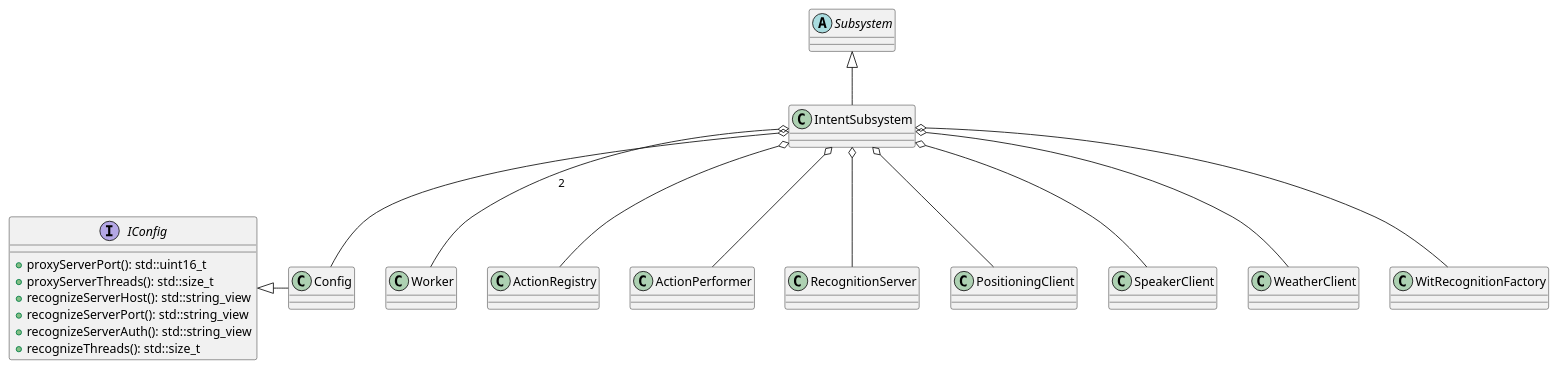
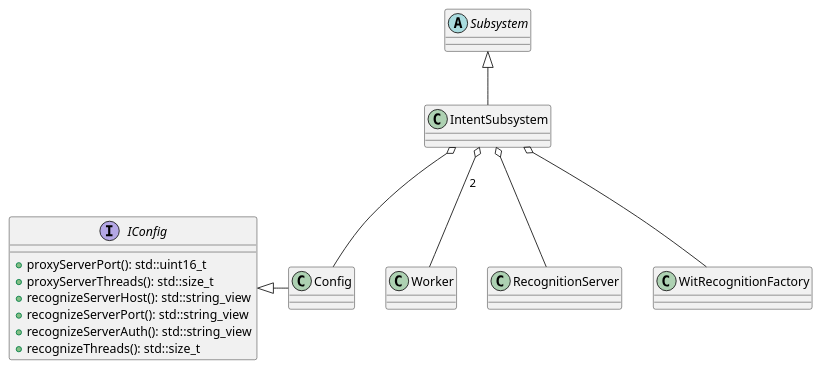
One commit to denoming/rintento changed the second of 9 diagrams in src/intent/doc/intent.md. Above: the diagram before and after it, drawn with PlantUML. The commit also changed other lines of this file and 4 other files, not shown here.

````diff
--- a/src/intent/doc/intent.md
+++ b/src/intent/doc/intent.md
@@ -63,29 +56,22 @@
 ```plantuml
 @startuml
-
 abstract class Subsystem
 
 interface IConfig {
     +proxyServerPort(): std::uint16_t
     +proxyServerThreads(): std::size_t
     +recognizeServerHost(): std::string_view
     +recognizeServerPort(): std::string_view
     +recognizeServerAuth(): std::string_view
     +recognizeThreads(): std::size_t
 }
 
 Subsystem <|-- IntentSubsystem
 IConfig <|- Config
 
 IntentSubsystem o-- Worker : 2
 IntentSubsystem o-- Config
-IntentSubsystem o-- ActionRegistry
-IntentSubsystem o-- ActionPerformer
 IntentSubsystem o-- RecognitionServer
-IntentSubsystem o-- PositioningClient
-IntentSubsystem o-- SpeakerClient
-IntentSubsystem o-- WeatherClient
 IntentSubsystem o-- WitRecognitionFactory
-
 @enduml
 ```
````
